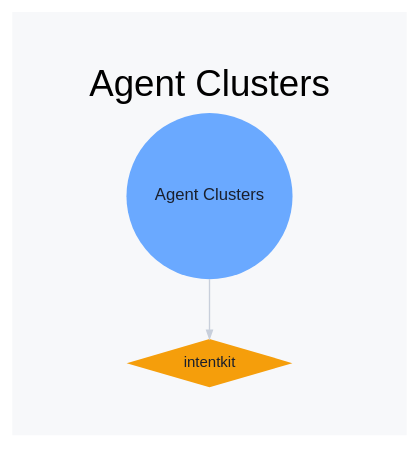
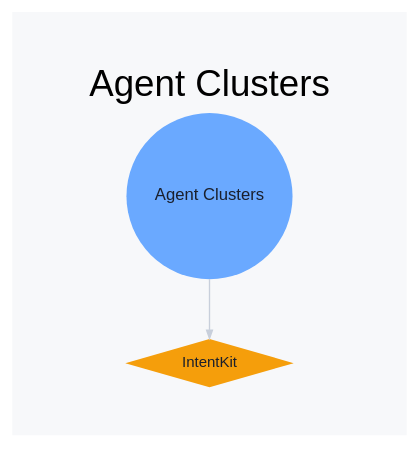
The diagram in snapshots/2026-04-09/segments/agent-clusters.dot (danielrosehill/Agentic-AI-Ecosystem), drawn with Graphviz before and after one commit. The commit also changed 272 other files, not shown here.

```diff
--- a/snapshots/2026-04-09/segments/agent-clusters.dot
+++ b/snapshots/2026-04-09/segments/agent-clusters.dot
@@ -1,8 +1,8 @@
 digraph G {
   graph [layout=dot, overlap=false, splines=true, bgcolor="#f7f8fa", fontname="Helvetica", labelloc="t", label="Agent Clusters", fontsize=22, pad=0.4];
   node [fontname="Helvetica", style="filled", penwidth=0, fontcolor="#1a1f2c"];
   edge [color="#c8cfdb", arrowsize=0.5, penwidth=0.8];
   "cat:agent-clusters" [label="Agent Clusters", shape=circle, fillcolor="#6aa9ff", width=0.57, height=0.57, fontsize=10, tooltip="Systems that run many agents together as a managed group or fleet."];
-  "proj:intentkit" [label="intentkit", shape=diamond, fillcolor="#f59e0b", width=0.40, height=0.40, fontsize=9, tooltip="https://github.com/crestalnetwork/intentkit", URL="https://github.com/crestalnetwork/intentkit"];
+  "proj:intentkit" [label="IntentKit", shape=diamond, fillcolor="#f59e0b", width=0.40, height=0.40, fontsize=9, tooltip="https://github.com/crestalnetwork/intentkit", URL="https://github.com/crestalnetwork/intentkit"];
   "cat:agent-clusters" -> "proj:intentkit";
 }
```
